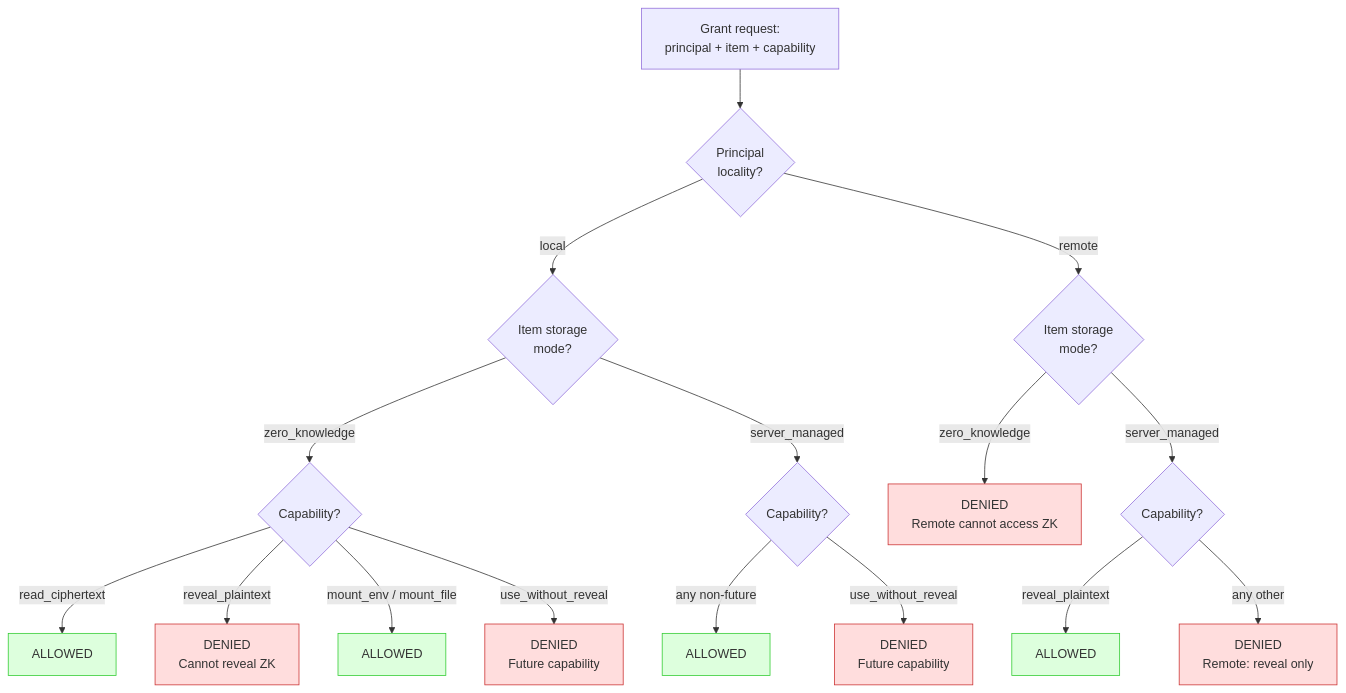
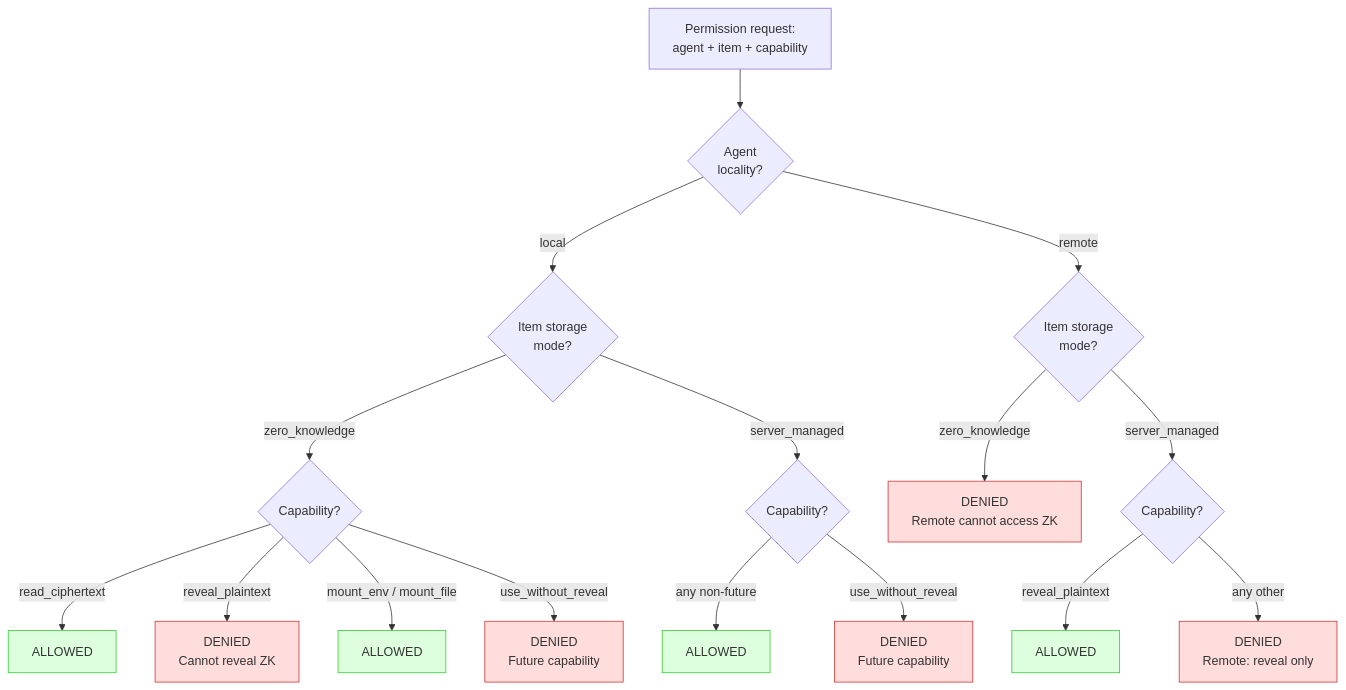
One commit to punitarani/abadge changed the first of 2 diagrams in docs/CAPABILITY_MATRIX.md. Above: the diagram before and after it, drawn with Mermaid. The commit also changed other lines of this file and 58 other files, not shown here.

````diff
--- a/docs/CAPABILITY_MATRIX.md
+++ b/docs/CAPABILITY_MATRIX.md
@@ -33,33 +33,33 @@
 ```mermaid
 flowchart TD
-  START["Grant request:<br/>principal + item + capability"] --> LOC{"Principal<br/>locality?"}
+  START["Permission request:<br/>agent + item + capability"] --> LOC{"Agent<br/>locality?"}
 
   LOC -->|local| SM1{"Item storage<br/>mode?"}
   LOC -->|remote| SM2{"Item storage<br/>mode?"}
 
   SM1 -->|zero_knowledge| CAP1{"Capability?"}
   SM1 -->|server_managed| CAP2{"Capability?"}
   SM2 -->|zero_knowledge| DENY1["DENIED<br/>Remote cannot access ZK"]
   SM2 -->|server_managed| CAP3{"Capability?"}
 
   CAP1 -->|read_ciphertext| OK1["ALLOWED"]
   CAP1 -->|reveal_plaintext| DENY2["DENIED<br/>Cannot reveal ZK"]
   CAP1 -->|mount_env / mount_file| OK2["ALLOWED"]
   CAP1 -->|use_without_reveal| DENY3["DENIED<br/>Future capability"]
 
   CAP2 -->|any non-future| OK3["ALLOWED"]
   CAP2 -->|use_without_reveal| DENY4["DENIED<br/>Future capability"]
 
   CAP3 -->|reveal_plaintext| OK4["ALLOWED"]
   CAP3 -->|any other| DENY5["DENIED<br/>Remote: reveal only"]
 
   style OK1 fill:#dfd,stroke:#3c3
   style OK2 fill:#dfd,stroke:#3c3
   style OK3 fill:#dfd,stroke:#3c3
   style OK4 fill:#dfd,stroke:#3c3
   style DENY1 fill:#fdd,stroke:#c33
   style DENY2 fill:#fdd,stroke:#c33
   style DENY3 fill:#fdd,stroke:#c33
   style DENY4 fill:#fdd,stroke:#c33
   style DENY5 fill:#fdd,stroke:#c33
 ```
````
